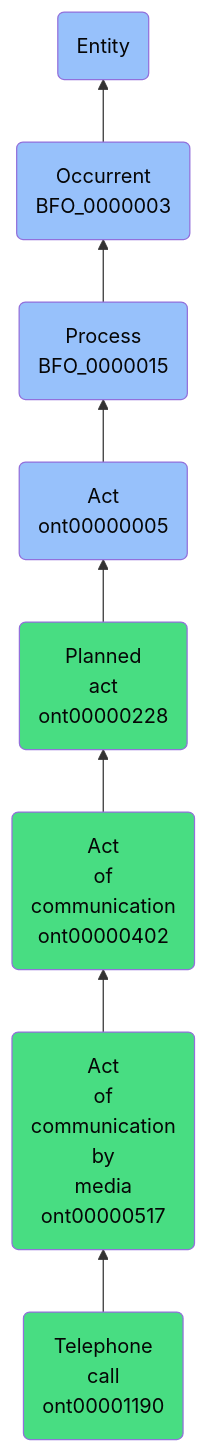
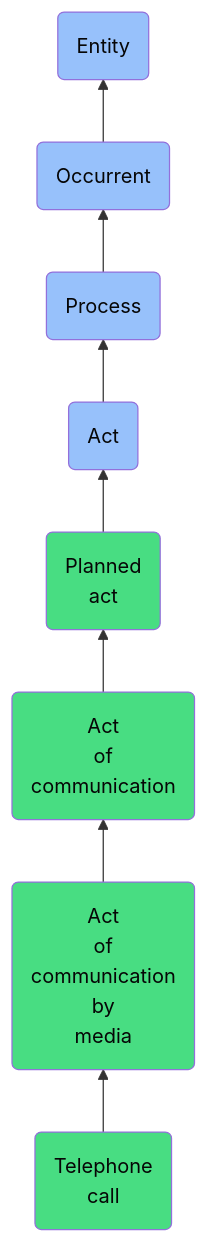
One commit to jupyter-naas/abi changed the diagram in docs/ontology/reference/model/Entity/Occurrent/Process/Act/Planned act/Act of communication/Act of communication by media/Telephone call/Telephone call.md. Above: the diagram before and after it, drawn with Mermaid. The commit also changed other lines of this file and 1430 other files, not shown here.

````diff
--- a/docs/ontology/reference/model/Entity/Occurrent/Process/Act/Planned act/Act of communication/Act of communication by media/Telephone call/Telephone call.md
+++ b/docs/ontology/reference/model/Entity/Occurrent/Process/Act/Planned act/Act of communication/Act of communication by media/Telephone call/Telephone call.md
@@ -24,15 +24,15 @@
 ```mermaid
 graph BT
-    ont00001190(Telephone<br>call<br>ont00001190):::ABI-->ont00000517
-    ont00000517(Act<br>of<br>communication<br>by<br>media<br>ont00000517):::ABI-->ont00000402
-    ont00000402(Act<br>of<br>communication<br>ont00000402):::ABI-->ont00000228
-    ont00000228(Planned<br>act<br>ont00000228):::ABI-->ont00000005
-    ont00000005(Act<br>ont00000005):::BFO-->BFO_0000015
-    BFO_0000015(Process<br>BFO_0000015):::BFO-->BFO_0000003
-    BFO_0000003(Occurrent<br>BFO_0000003):::BFO-->BFO_0000001
+    ont00001190(Telephone<br>call):::ABI-->ont00000517
+    ont00000517(Act<br>of<br>communication<br>by<br>media):::ABI-->ont00000402
+    ont00000402(Act<br>of<br>communication):::ABI-->ont00000228
+    ont00000228(Planned<br>act):::ABI-->ont00000005
+    ont00000005(Act):::BFO-->BFO_0000015
+    BFO_0000015(Process):::BFO-->BFO_0000003
+    BFO_0000003(Occurrent):::BFO-->BFO_0000001
     BFO_0000001(Entity):::BFO
     
     classDef BFO fill:#97c1fb,color:#060606
     classDef CCO fill:#e4c51e,color:#060606
     classDef ABI fill:#48DD82,color:#060606
 ```
````
